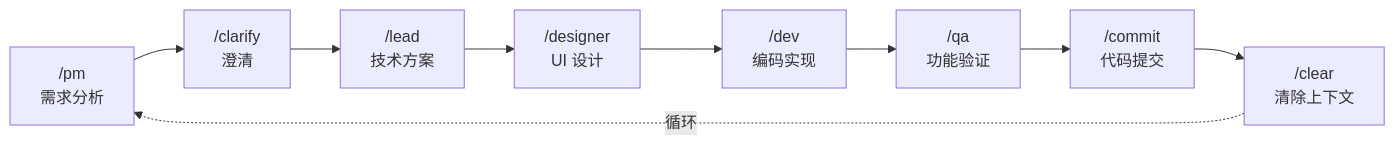
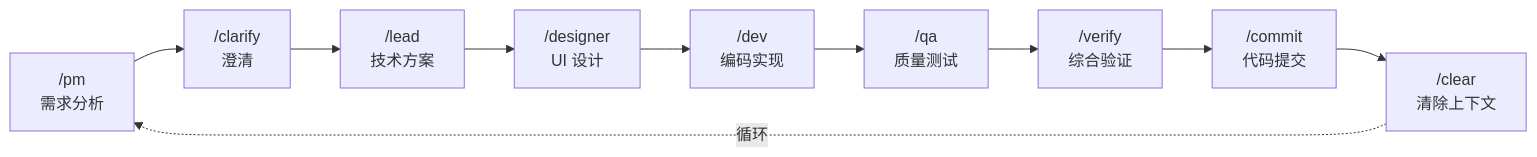
One commit to xiaobei930/claude-code-best-practices changed the diagram in README.zh-CN.md. Above: the diagram before and after it, drawn with Mermaid. The commit also changed 2 other files, not shown here.

Commit message:
fix: add .gitattributes to enforce LF line endings for shell scripts
- shell scripts require LF to run correctly on Unix systems
- prevents CRLF issues when cloning on Windows with autocrlf

````diff
--- a/README.zh-CN.md
+++ b/README.zh-CN.md
@@ -163,11 +163,12 @@
 ```mermaid
 flowchart LR
     PM["/pm<br/>需求分析"] --> Clarify["/clarify<br/>澄清"]
     Clarify --> Lead["/lead<br/>技术方案"]
     Lead --> Designer["/designer<br/>UI 设计"]
     Designer --> Dev["/dev<br/>编码实现"]
-    Dev --> QA["/qa<br/>功能验证"]
-    QA --> Commit["/commit<br/>代码提交"]
+    Dev --> QA["/qa<br/>质量测试"]
+    QA --> Verify["/verify<br/>综合验证"]
+    Verify --> Commit["/commit<br/>代码提交"]
     Commit --> Clear["/clear<br/>清除上下文"]
     Clear -.->|循环| PM
 ```
````
